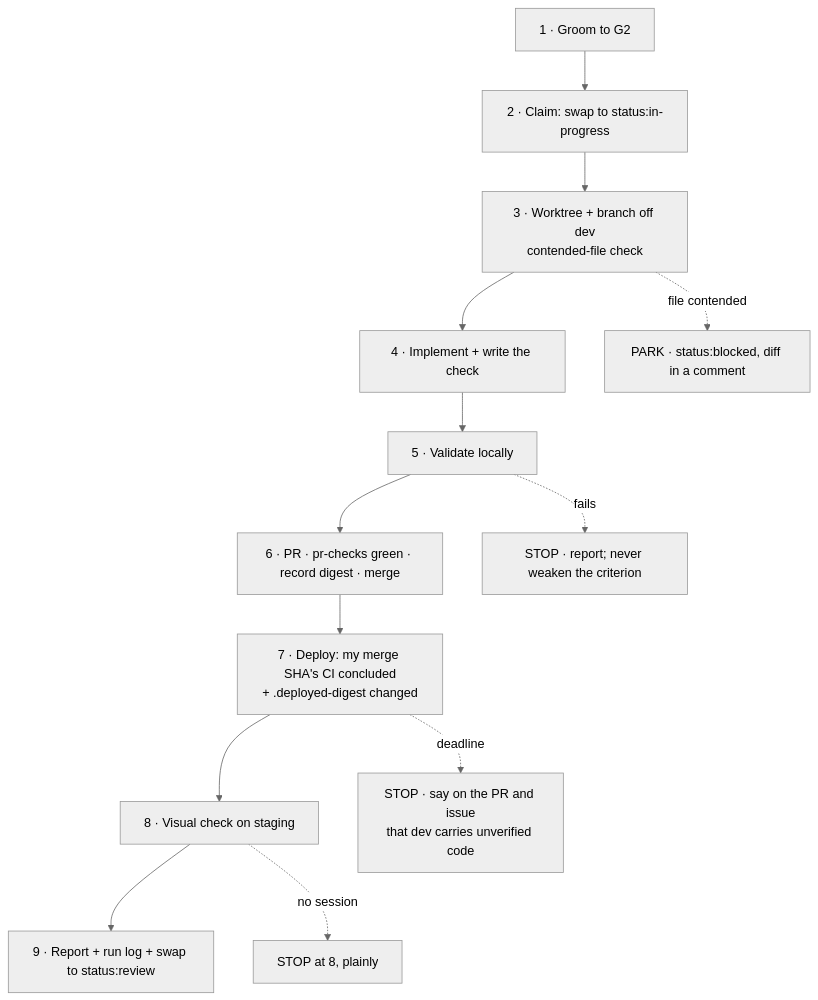
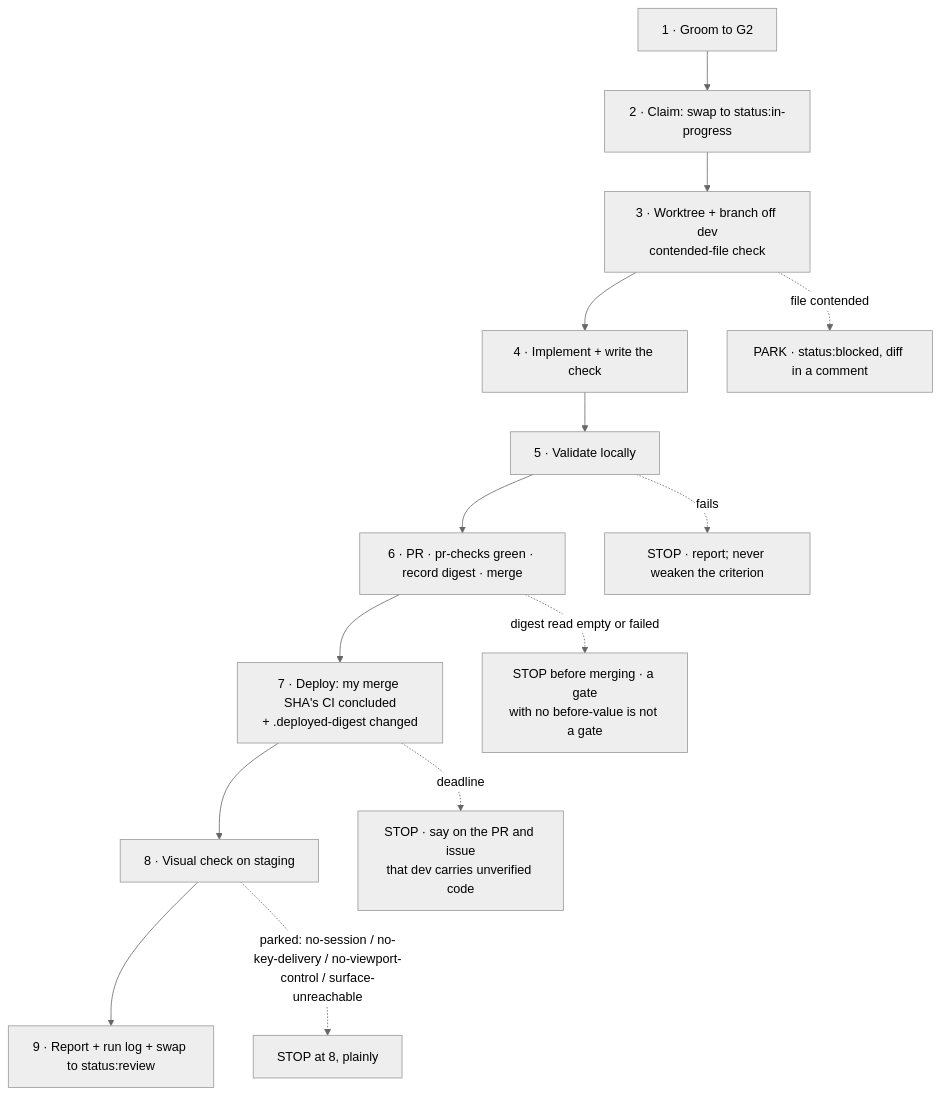
One commit to waqaskhan137/mdreview-service changed the diagram in docs/process/autonomous-run.md. Above: the diagram before and after it, drawn with Mermaid (neutral theme). The commit also changed other lines of this file and 96 other files, not shown here.

````diff
--- a/docs/process/autonomous-run.md
+++ b/docs/process/autonomous-run.md
@@ -57,15 +74,16 @@
 ```mermaid
 flowchart TD
   S1["1 · Groom to G2"] --> S2["2 · Claim: swap to status:in-progress"]
   S2 --> S3["3 · Worktree + branch off dev<br/>contended-file check"]
   S3 --> S4["4 · Implement + write the check"]
   S4 --> S5["5 · Validate locally"]
   S5 --> S6["6 · PR · pr-checks green · record digest · merge"]
   S6 --> S7["7 · Deploy: my merge SHA's CI concluded<br/>+ .deployed-digest changed"]
   S7 --> S8["8 · Visual check on staging"]
   S8 --> S9["9 · Report + run log + swap to status:review"]
   S3 -.file contended.-> PARK["PARK · status:blocked, diff in a comment"]
   S5 -.fails.-> STOP["STOP · report; never weaken the criterion"]
+  S6 -.digest read empty or failed.-> NODIGEST["STOP before merging · a gate<br/>with no before-value is not a gate"]
   S7 -.deadline.-> DEVNOTE["STOP · say on the PR and issue<br/>that dev carries unverified code"]
-  S8 -.no session.-> PARTIAL["STOP at 8, plainly"]
+  S8 -.parked: no-session / no-key-delivery / no-viewport-control / surface-unreachable.-> PARTIAL["STOP at 8, plainly"]
 ```
````
